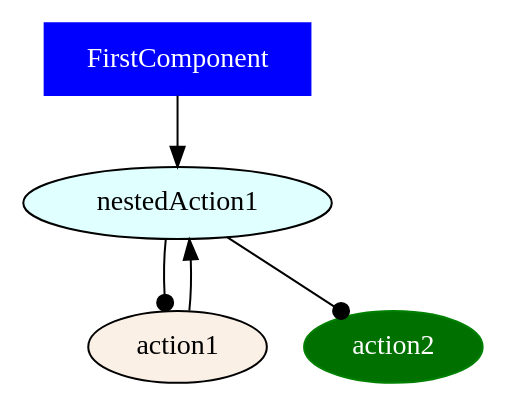
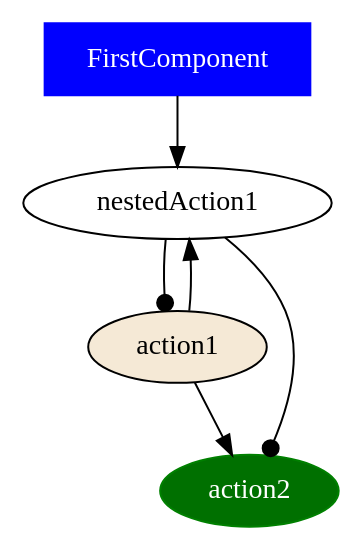
The diagram in docs/examples/case2/out/action2.dot (ammarnajjar/ngrx-graph), drawn with Graphviz before and after one commit. The commit also changed 37 other files, not shown here.

```diff
--- a/docs/examples/case2/out/action2.dot
+++ b/docs/examples/case2/out/action2.dot
@@ -1,10 +1,11 @@
 digraph {
 FirstComponent [shape="box", color=blue, fillcolor=blue, fontcolor=white, style=filled]
-nestedAction1 [color=black, fillcolor=lightcyan, fontcolor=black, style=filled]
-action1 [fillcolor=linen, style=filled]
+nestedAction1
+action1 [fillcolor="#f5e9d6", style=filled]
 action2 [color=green, fillcolor="#007000", fontcolor=white, style=filled]
 FirstComponent -> nestedAction1
+action1 -> nestedAction1
+action1 -> action2
 nestedAction1 -> action1 [arrowhead=dot]
 nestedAction1 -> action2 [arrowhead=dot]
-action1 -> nestedAction1
 }
```
